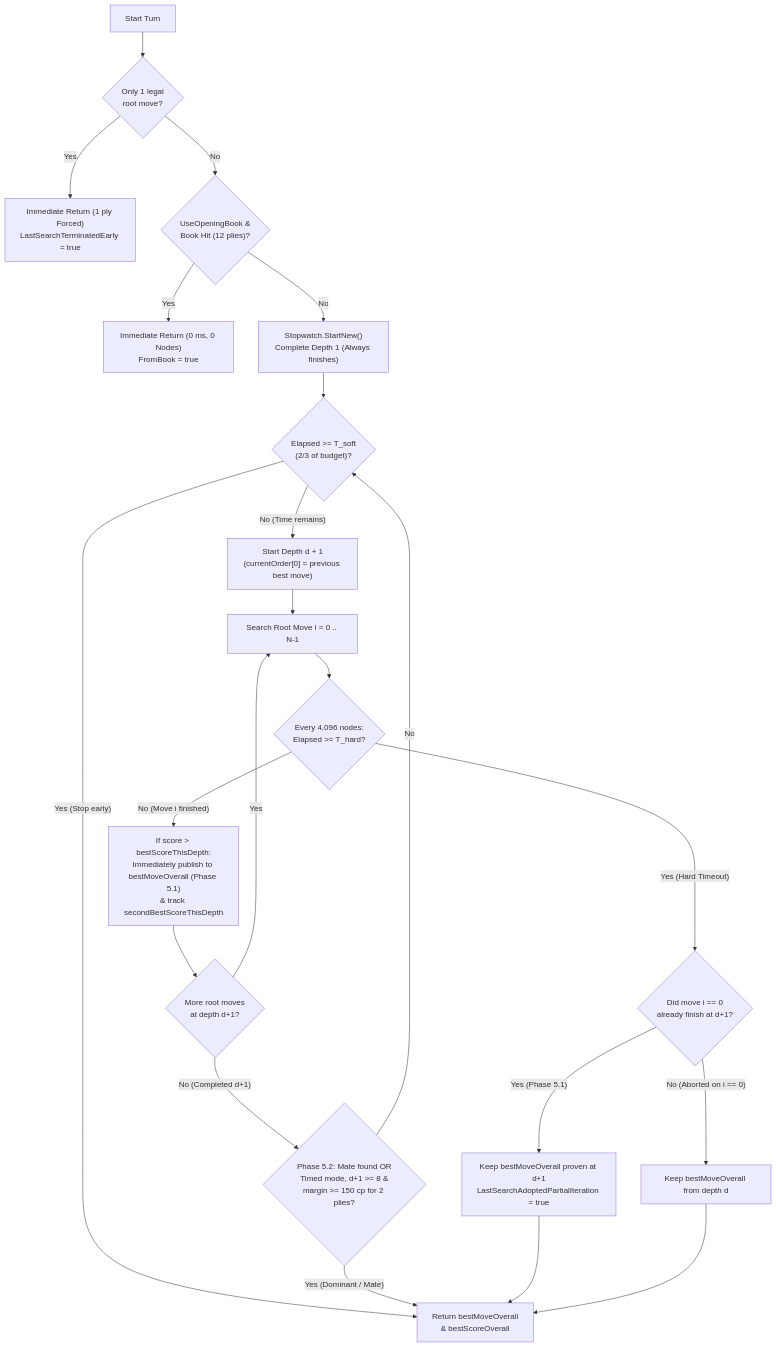
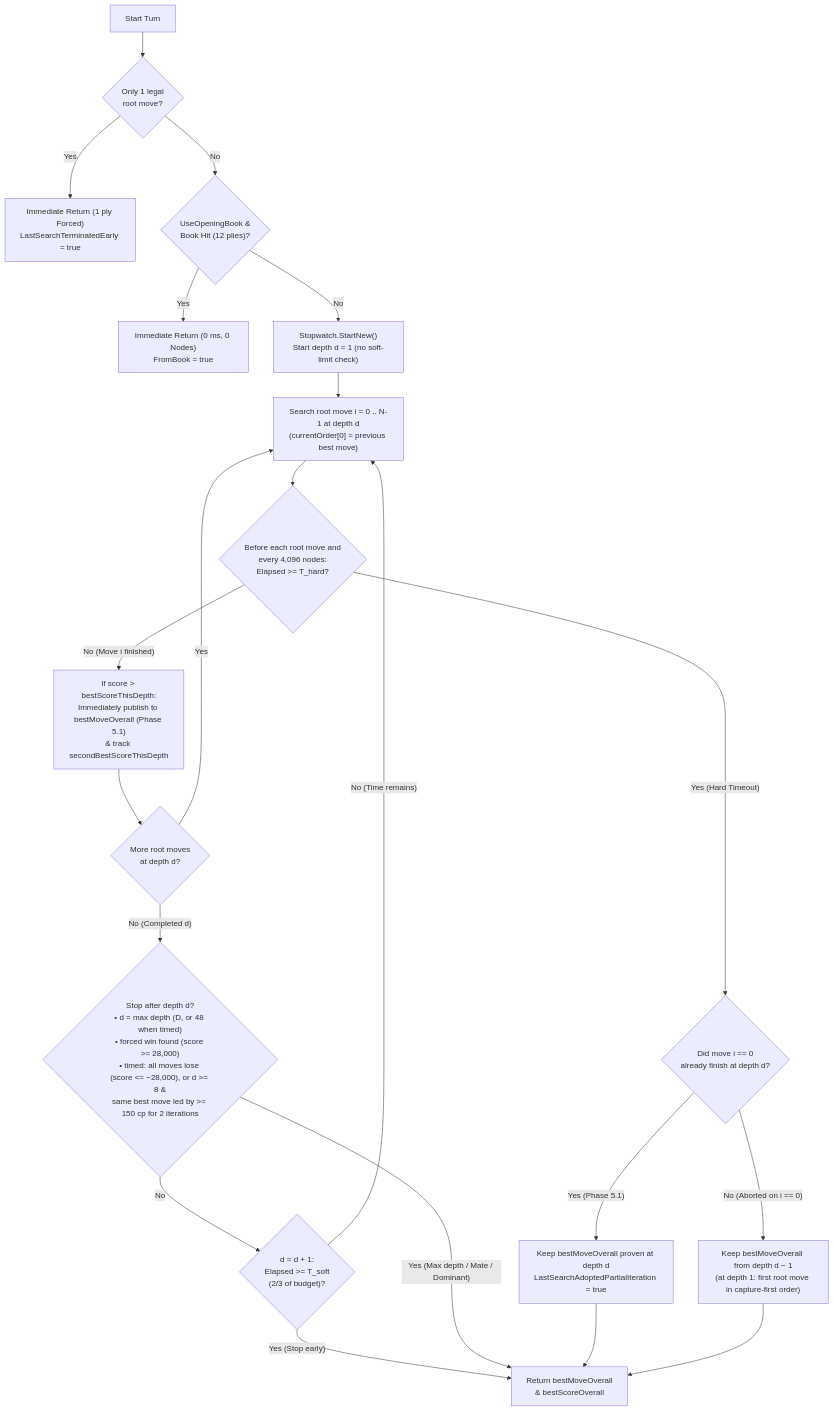
One commit to cjp-dev/Checkers changed the diagram in docs/brain/09-time-control.md. Above: the diagram before and after it, drawn with Mermaid. The commit also changed other lines of this file and 21 other files, not shown here.

````diff
--- a/docs/brain/09-time-control.md
+++ b/docs/brain/09-time-control.md
@@ -47,24 +47,24 @@
 ```mermaid
 flowchart TD
     Start["Start Turn"] --> Forced{"Only 1 legal<br/>root move?"}
     Forced -- "Yes" --> RetForced["Immediate Return (1 ply Forced)<br/>LastSearchTerminatedEarly = true"]
     Forced -- "No" --> BookCheck{"UseOpeningBook &amp;<br/>Book Hit (12 plies)?"}
     BookCheck -- "Yes" --> RetBook["Immediate Return (0 ms, 0 Nodes)<br/>FromBook = true"]
-    BookCheck -- "No" --> D1["Stopwatch.StartNew()<br/>Complete Depth 1 (Always finishes)"]
-    D1 --> CheckSoft{"Elapsed >= T_soft<br/>(2/3 of budget)?"}
+    BookCheck -- "No" --> D1["Stopwatch.StartNew()<br/>Start depth d = 1 (no soft-limit check)"]
+    D1 --> RootLoop["Search root move i = 0 .. N-1 at depth d<br/>(currentOrder[0] = previous best move)"]
+    CheckSoft{"d = d + 1:<br/>Elapsed >= T_soft<br/>(2/3 of budget)?"}
     CheckSoft -- "Yes (Stop early)" --> Return["Return bestMoveOverall<br/>&amp; bestScoreOverall"]
-    CheckSoft -- "No (Time remains)" --> NextD["Start Depth d + 1<br/>(currentOrder[0] = previous best move)"]
-    NextD --> RootLoop["Search Root Move i = 0 .. N-1"]
-    RootLoop --> NodeCheck{"Every 4,096 nodes:<br/>Elapsed >= T_hard?"}
+    CheckSoft -- "No (Time remains)" --> RootLoop
+    RootLoop --> NodeCheck{"Before each root move and<br/>every 4,096 nodes:<br/>Elapsed >= T_hard?"}
     NodeCheck -- "No (Move i finished)" --> AdoptMove["If score > bestScoreThisDepth:<br/>Immediately publish to bestMoveOverall (Phase 5.1)<br/>&amp; track secondBestScoreThisDepth"]
-    AdoptMove --> MoreMoves{"More root moves<br/>at depth d+1?"}
+    AdoptMove --> MoreMoves{"More root moves<br/>at depth d?"}
     MoreMoves -- "Yes" --> RootLoop
-    MoreMoves -- "No (Completed d+1)" --> DomCheck{"Phase 5.2: Mate found OR<br/>Timed mode, d+1 >= 8 &amp;<br/>margin >= 150 cp for 2 plies?"}
-    DomCheck -- "Yes (Dominant / Mate)" --> Return
+    MoreMoves -- "No (Completed d)" --> DomCheck{"Stop after depth d?<br/>• d = max depth (D, or 48 when timed)<br/>• forced win found (score >= 28,000)<br/>• timed: all moves lose (score <= −28,000), or d >= 8 &amp;<br/>same best move led by >= 150 cp for 2 iterations"}
+    DomCheck -- "Yes (Max depth / Mate / Dominant)" --> Return
     DomCheck -- "No" --> CheckSoft
-    NodeCheck -- "Yes (Hard Timeout)" --> PartialCheck{"Did move i == 0<br/>already finish at d+1?"}
-    PartialCheck -- "Yes (Phase 5.1)" --> Salvage["Keep bestMoveOverall proven at d+1<br/>LastSearchAdoptedPartialIteration = true"]
-    PartialCheck -- "No (Aborted on i == 0)" --> Fallback["Keep bestMoveOverall from depth d"]
+    NodeCheck -- "Yes (Hard Timeout)" --> PartialCheck{"Did move i == 0<br/>already finish at depth d?"}
+    PartialCheck -- "Yes (Phase 5.1)" --> Salvage["Keep bestMoveOverall proven at depth d<br/>LastSearchAdoptedPartialIteration = true"]
+    PartialCheck -- "No (Aborted on i == 0)" --> Fallback["Keep bestMoveOverall from depth d − 1<br/>(at depth 1: first root move in capture-first order)"]
     Salvage --> Return
     Fallback --> Return
 ```
````
